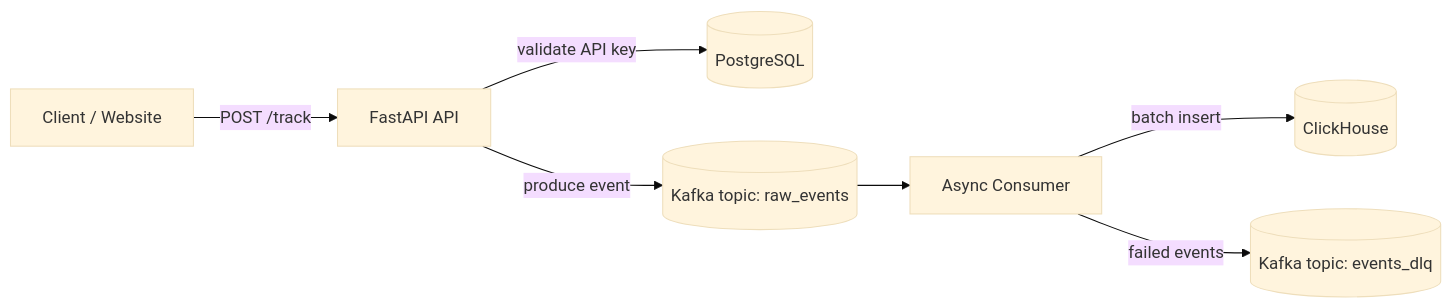
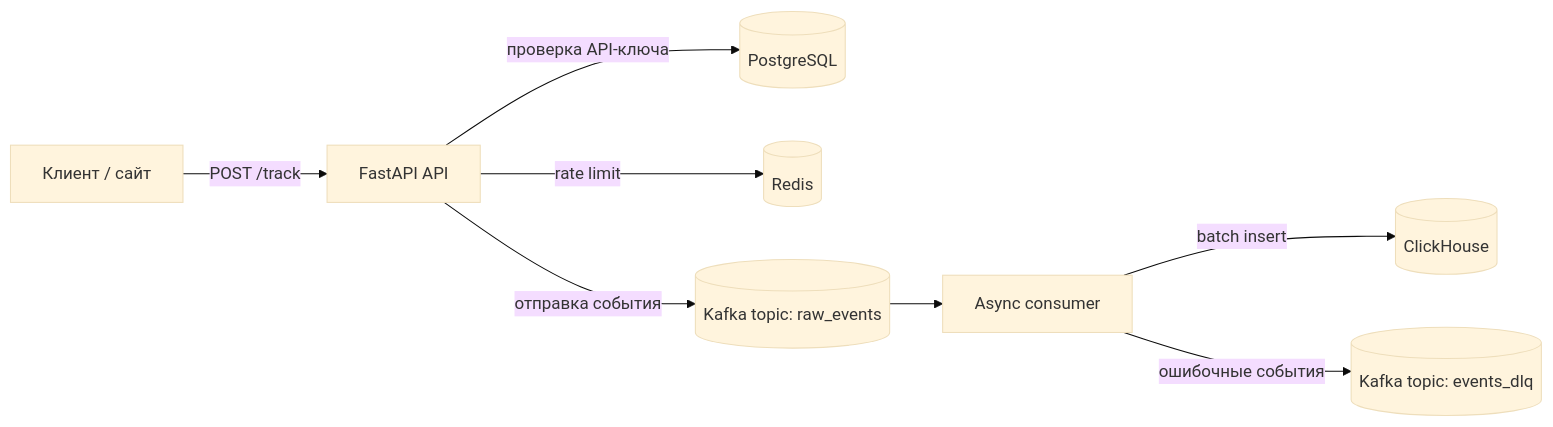
One commit to DaniilTUPYAKOV/AnaLightics changed the diagram in README.md. Above: the diagram before and after it, drawn with Mermaid (base theme). The commit also changed other lines of this file, not shown here.

````diff
--- a/README.md
+++ b/README.md
@@ -31,9 +36,10 @@
 ```mermaid
 flowchart LR
-    Client[Client / Website] -->|POST /track| API[FastAPI API]
-    API -->|validate API key| PG[(PostgreSQL)]
-    API -->|produce event| Kafka[(Kafka topic: raw_events)]
-    Kafka --> Consumer[Async Consumer]
+    Client[Клиент / сайт] -->|POST /track| API[FastAPI API]
+    API -->|проверка API-ключа| PG[(PostgreSQL)]
+    API -->|rate limit| Redis[(Redis)]
+    API -->|отправка события| Kafka[(Kafka topic: raw_events)]
+    Kafka --> Consumer[Async consumer]
     Consumer -->|batch insert| CH[(ClickHouse)]
-    Consumer -->|failed events| DLQ[(Kafka topic: events_dlq)]
+    Consumer -->|ошибочные события| DLQ[(Kafka topic: events_dlq)]
 ```
````
